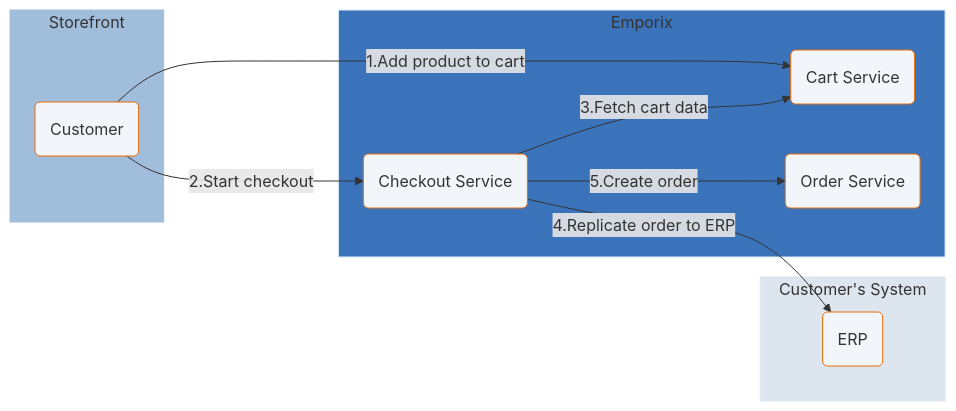
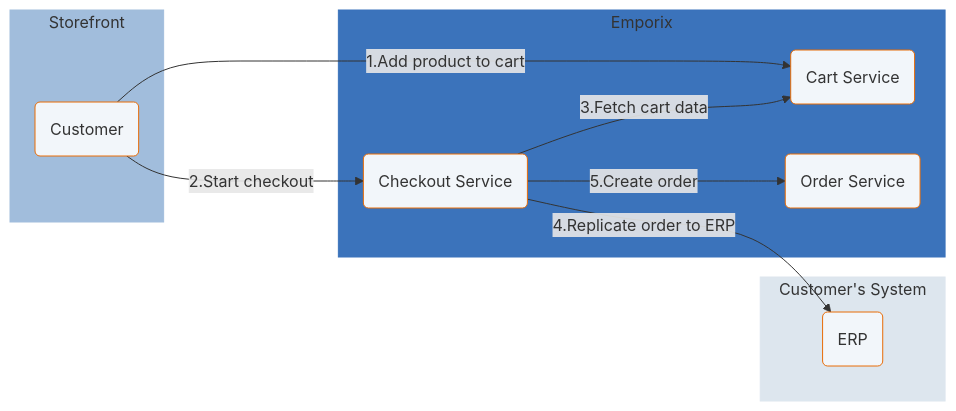
One commit to emporix/api-references changed the first of 3 diagrams in orders/order/order.md. Above: the diagram before and after it, drawn with Mermaid. The commit also changed other lines of this file, not shown here.

Commit message:
COP-3102 Diagrams for order tutotial

````diff
--- a/orders/order/order.md
+++ b/orders/order/order.md
@@ -34,43 +34,43 @@
 ```mermaid
 ---
 config:
   layout: fixed
   theme: default
   look: classic
   font-family: Lato, sans-serif
 ---
 flowchart LR
  subgraph subGraph0["Storefront"]
         A["Customer"]
   end
  subgraph subGraph1["Emporix"]
         CS["Cart Service"]
         CHK["Checkout Service"]
         OS["Order Service"]
   end
  subgraph subGraph2["Customer's System"]
         ERP["ERP"]
   end
     A -- "1.Add product to cart" --> CS
     A -- "2.Start checkout" --> CHK
     CHK -- "3.Fetch cart data" --> CS
     CHK -- "4.Replicate order to ERP" --> ERP
     CHK -- "5.Create order" --> OS
     A@{ shape: rounded}
     CS@{ shape: rounded}
     CHK@{ shape: rounded}
     OS@{ shape: rounded}
     ERP@{ shape: rounded}
      A:::Class_04
      CS:::Class_04
      CHK:::Class_04
      ERP:::Class_04
      OS:::Class_04
      subGraph1:::Class_03
      subGraph0:::Class_01
      subGraph2:::Class_02
     classDef Class_02 stroke-width:1px, stroke-dasharray: 0, stroke:#DDE6EE, fill:#DDE6EE
     classDef Class_01 stroke-width:1px, stroke-dasharray: 0, stroke:#A1BDDC, fill:#A1BDDC
-    classDef Class_03 stroke-width:1px, stroke-dasharray: 0, stroke:#DBF1FE, fill:#3b73bb
+    classDef Class_03 stroke-width:1px, stroke-dasharray: 0, stroke:#3b73bb, fill:#3b73bb
     classDef Class_04 fill:#F2F6FA, stroke:#E86C07
 ```
````
